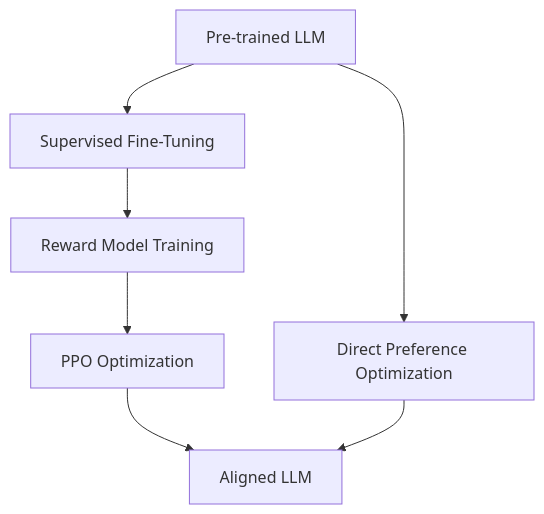
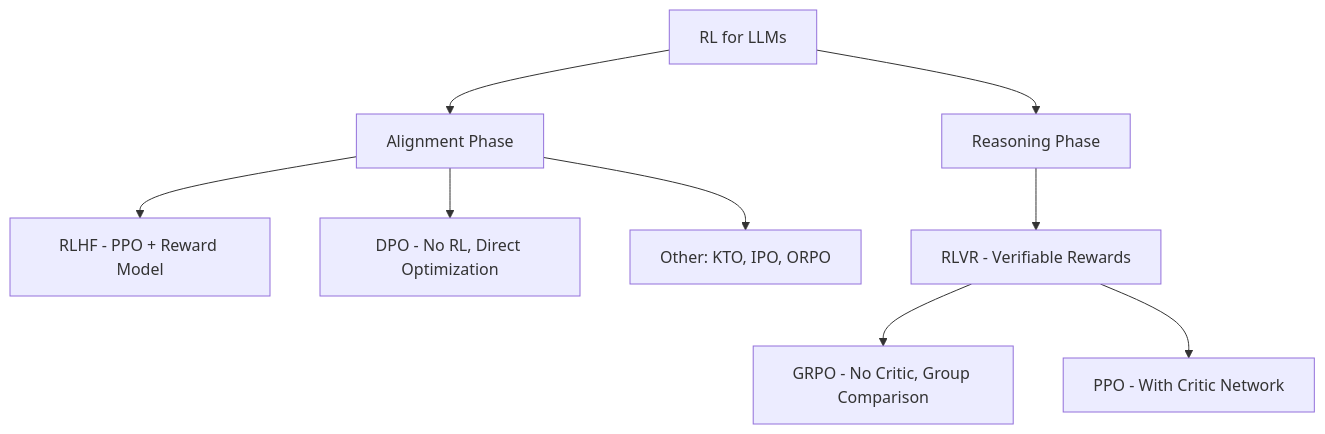
One commit to vanos001/placement_prep changed the diagram in src/ml/rl/README.md. Above: the diagram before and after it, drawn with Mermaid. The commit also changed other lines of this file and 13 other files, not shown here.

````diff
--- a/src/ml/rl/README.md
+++ b/src/ml/rl/README.md
@@ -81,10 +19,13 @@
 ```mermaid
 graph TD
-    PRE[Pre-trained LLM] --> SFT[Supervised Fine-Tuning]
-    SFT --> RM[Reward Model Training]
-    RM --> PPO_TRAIN[PPO Optimization]
-    PPO_TRAIN --> ALIGNED[Aligned LLM]
+    A[RL for LLMs] --> B[Alignment Phase]
+    A --> C[Reasoning Phase]
     
-    PRE --> DPO_PATH[Direct Preference Optimization]
-    DPO_PATH --> ALIGNED
+    B --> D[RLHF - PPO + Reward Model]
+    B --> E[DPO - No RL, Direct Optimization]
+    B --> F[Other: KTO, IPO, ORPO]
+    
+    C --> G[RLVR - Verifiable Rewards]
+    G --> H[GRPO - No Critic, Group Comparison]
+    G --> I[PPO - With Critic Network]
 ```
````
